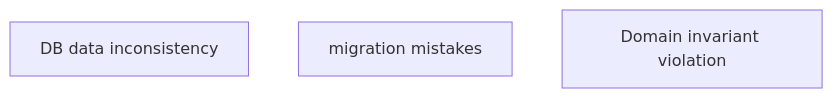
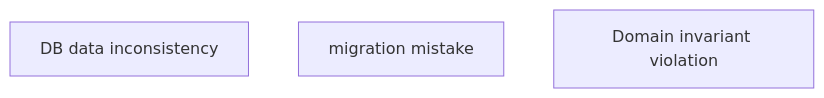
The tenth of 12 diagrams in internal/infrastructure/rdb/repository/README.md (Tomy-ch/go-boilerplate), drawn with Mermaid before and after one commit. The commit also changed other lines of this file and 3 other files, not shown here.

````diff
--- a/internal/infrastructure/rdb/repository/README.md
+++ b/internal/infrastructure/rdb/repository/README.md
@@ -542,6 +564,6 @@
 ```mermaid
 flowchart TB
     A["DB data inconsistency"]
-    B["migration mistakes"]
+    B["migration mistake"]
     C["Domain invariant violation"]
 ```
````
